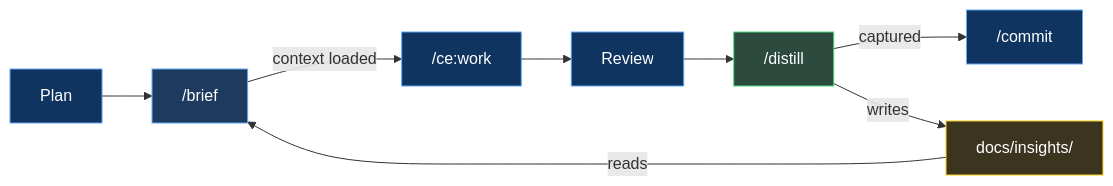
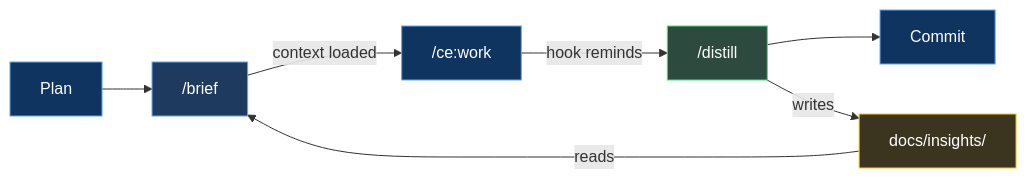
One commit to mbriggsy/ai-learning-journey changed the third of 3 diagrams in projects/skills/distill-and-brief/README.md. Above: the diagram before and after it, drawn with Mermaid. The commit also changed other lines of this file and 6 other files, not shown here.

````diff
--- a/projects/skills/distill-and-brief/README.md
+++ b/projects/skills/distill-and-brief/README.md
@@ -190,19 +184,17 @@
 ```mermaid
 flowchart LR
     PLAN["Plan"] --> BRIEF["/brief"]
     BRIEF -->|"context loaded"| EXECUTE["/ce:work"]
-    EXECUTE --> REVIEW["Review"]
-    REVIEW --> DISTILL["/distill"]
-    DISTILL -->|"captured"| COMMIT["/commit"]
+    EXECUTE -->|"hook reminds"| DISTILL["/distill"]
+    DISTILL --> COMMIT["Commit"]
 
     DISTILL -->|"writes"| KB["docs/insights/"]
     KB -->|"reads"| BRIEF
 
     style PLAN fill:#0f3460,stroke:#60a5fa,color:#fff
     style EXECUTE fill:#0f3460,stroke:#60a5fa,color:#fff
-    style REVIEW fill:#0f3460,stroke:#60a5fa,color:#fff
     style COMMIT fill:#0f3460,stroke:#60a5fa,color:#fff
     style DISTILL fill:#2d4a3e,stroke:#4ade80,color:#fff
     style KB fill:#3b3520,stroke:#facc15,color:#fff
     style BRIEF fill:#1e3a5f,stroke:#60a5fa,color:#fff
 ```
````
